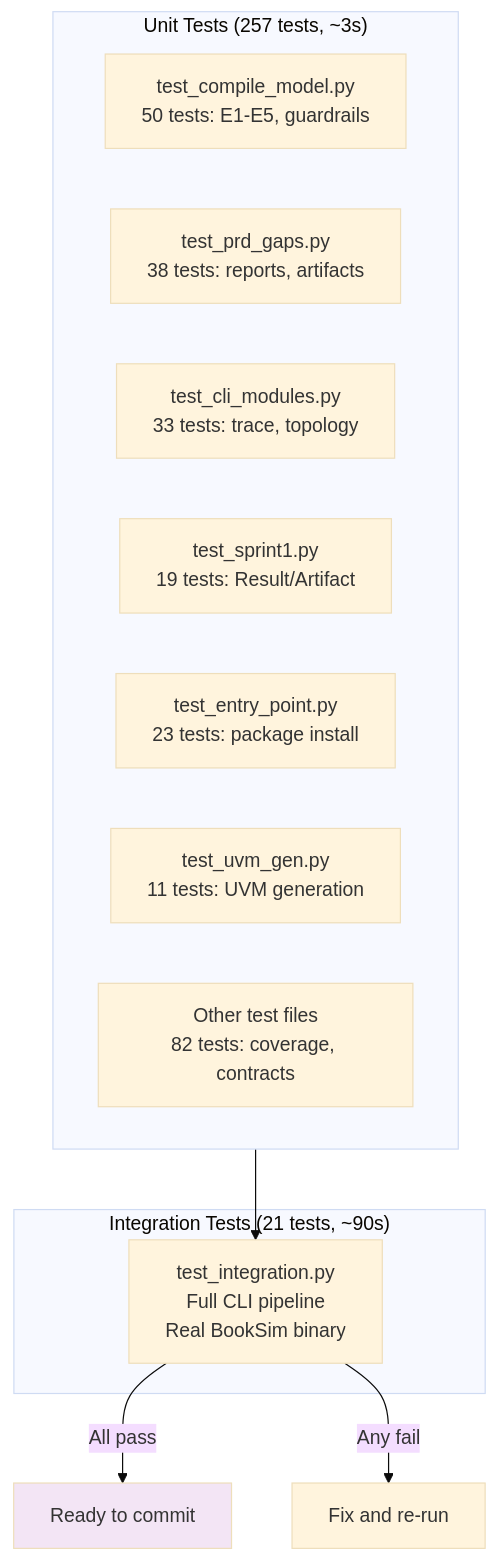
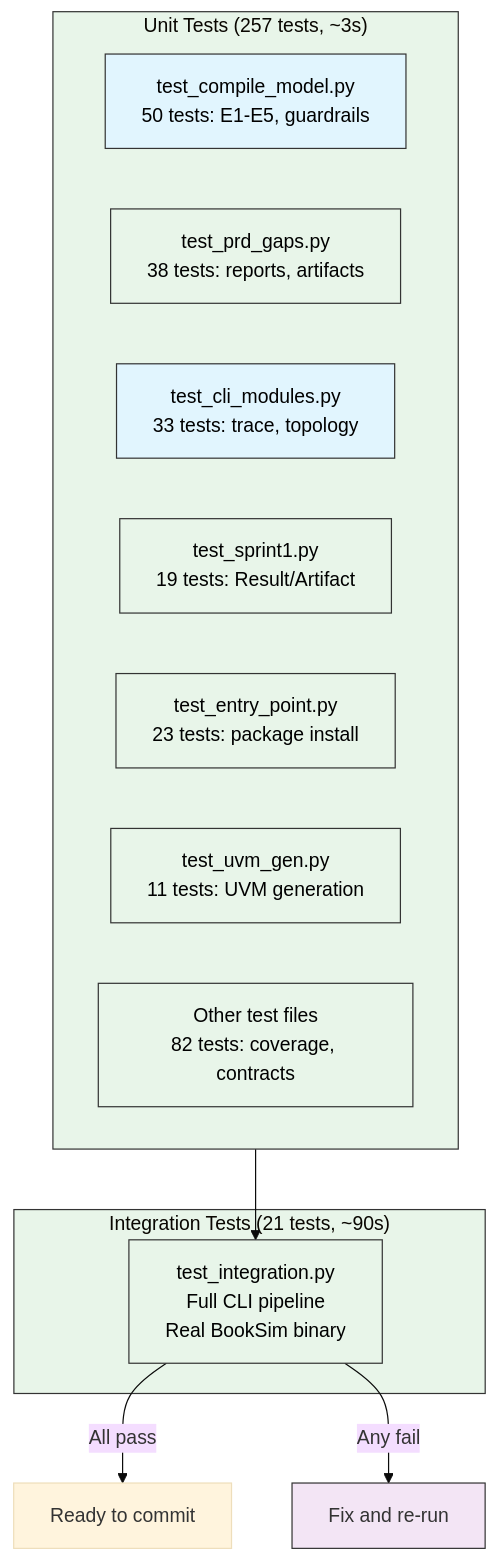
Diagram 16 of 17 in tracks/t3-topology/dse/README.md (Anmol-S314/veritx-research), drawn with Mermaid (base theme) before and after one commit. The commit also changed other lines of this file and 1 other file, not shown here.

First line of the commit message:
docs: improve Mermaid diagram styling across all 22 diagrams

````diff
--- a/tracks/t3-topology/dse/README.md
+++ b/tracks/t3-topology/dse/README.md
@@ -2182,21 +2382,42 @@
 ```mermaid
 flowchart TD
     subgraph Unit["Unit Tests (257 tests, ~3s)"]
         U1["test_compile_model.py\n50 tests: E1-E5, guardrails"]
         U2["test_prd_gaps.py\n38 tests: reports, artifacts"]
         U3["test_cli_modules.py\n33 tests: trace, topology"]
         U4["test_sprint1.py\n19 tests: Result/Artifact"]
         U5["test_entry_point.py\n23 tests: package install"]
         U6["test_uvm_gen.py\n11 tests: UVM generation"]
         U7["Other test files\n82 tests: coverage, contracts"]
     end
 
     subgraph Integration["Integration Tests (21 tests, ~90s)"]
         I1["test_integration.py\nFull CLI pipeline\nReal BookSim binary"]
     end
 
     Unit --> I1
     I1 -->|"All pass"| OK["Ready to commit"]
     I1 -->|"Any fail"| FIX["Fix and re-run"]
-    style OK fill:#f3e5f5
+
+    style FIX fill:#f3e5f5,stroke:#333
+    style I1 fill:#e8f5e9,stroke:#333
+    style Integration fill:#e8f5e9,stroke:#333
+    style U1 fill:#e1f5fe,stroke:#333
+    style U2 fill:#e8f5e9,stroke:#333
+    style U3 fill:#e1f5fe,stroke:#333
+    style U4 fill:#e8f5e9,stroke:#333
+    style U5 fill:#e8f5e9,stroke:#333
+    style U6 fill:#e8f5e9,stroke:#333
+    style U7 fill:#e8f5e9,stroke:#333
+    style Unit fill:#e8f5e9,stroke:#333
+
+
+    classDef input fill:#e1f5fe,stroke:#01579b,color:#000
+    classDef cli fill:#e8f5e9,stroke:#2e7d32,color:#000
+    classDef sim fill:#fff3e0,stroke:#e65100,color:#000
+    classDef api fill:#fce4ec,stroke:#c62828,color:#000
+    classDef output fill:#f3e5f5,stroke:#6a1b9a,color:#000
+    class U1,U3 input
+    class U2,U4,U6 output
+    class U5,U7,I1 cli
 ```
````
